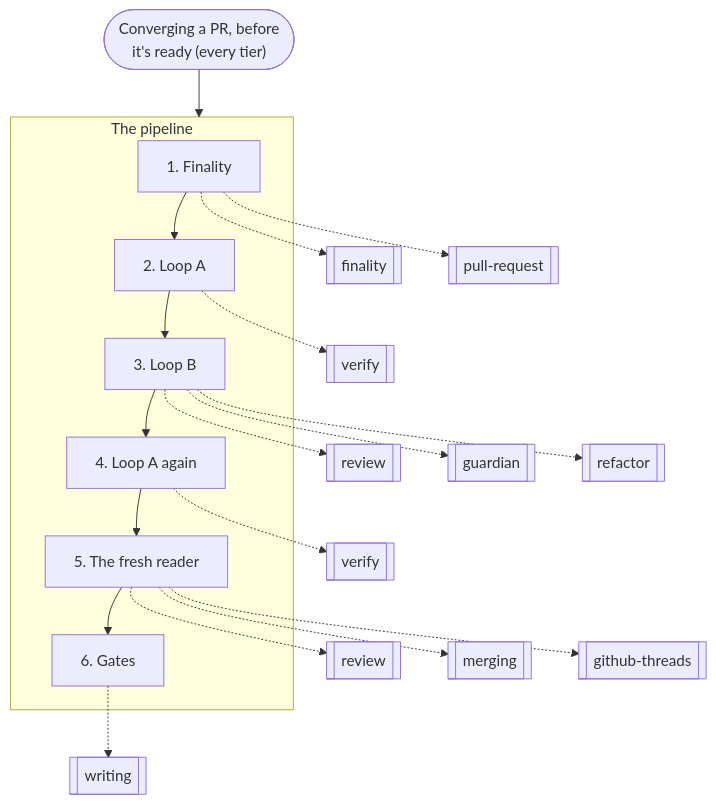
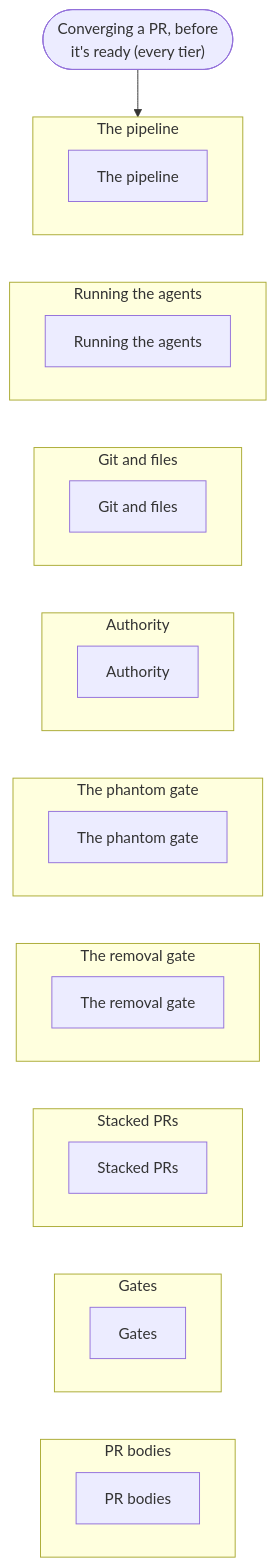
The tenth of 17 diagrams in docs/graphs.md (nitedani/mergeworthy), drawn with Mermaid before and after one commit. The commit also changed other lines of this file and 11 other files, not shown here.

````diff
--- a/docs/graphs.md
+++ b/docs/graphs.md
@@ -286,29 +286,40 @@
 ```mermaid
 flowchart TB
   start(["Converging a PR, before<br/>it's ready (every tier)"])
   subgraph g0["The pipeline"]
-    s0["1. Finality"]
-    s1["2. Loop A"]
-    s0 --> s1
-    s2["3. Loop B"]
-    s1 --> s2
-    s3["4. Loop A again"]
-    s2 --> s3
-    s4["5. The fresh reader"]
-    s3 --> s4
-    s5["6. Gates"]
-    s4 --> s5
+    s0["The pipeline"]
   end
-  s0 -.-> r1[["finality"]]
-  s0 -.-> r2[["pull-request"]]
-  s1 -.-> r3[["verify"]]
-  s2 -.-> r4[["review"]]
-  s2 -.-> r5[["guardian"]]
-  s2 -.-> r6[["refactor"]]
-  s3 -.-> r7[["verify"]]
-  s4 -.-> r8[["review"]]
-  s4 -.-> r9[["merging"]]
-  s4 -.-> r10[["github-threads"]]
-  s5 -.-> r11[["writing"]]
+  subgraph g1["Running the agents"]
+    s1["Running the agents"]
+  end
+  subgraph g2["Git and files"]
+    s2["Git and files"]
+  end
+  subgraph g3["Authority"]
+    s3["Authority"]
+  end
+  subgraph g4["The phantom gate"]
+    s4["The phantom gate"]
+  end
+  subgraph g5["The removal gate"]
+    s5["The removal gate"]
+  end
+  subgraph g6["Stacked PRs"]
+    s6["Stacked PRs"]
+  end
+  subgraph g7["Gates"]
+    s7["Gates"]
+  end
+  subgraph g8["PR bodies"]
+    s8["PR bodies"]
+  end
   start --> g0
+  g0 ~~~ g1
+  g1 ~~~ g2
+  g2 ~~~ g3
+  g3 ~~~ g4
+  g4 ~~~ g5
+  g5 ~~~ g6
+  g6 ~~~ g7
+  g7 ~~~ g8
 ```
````
